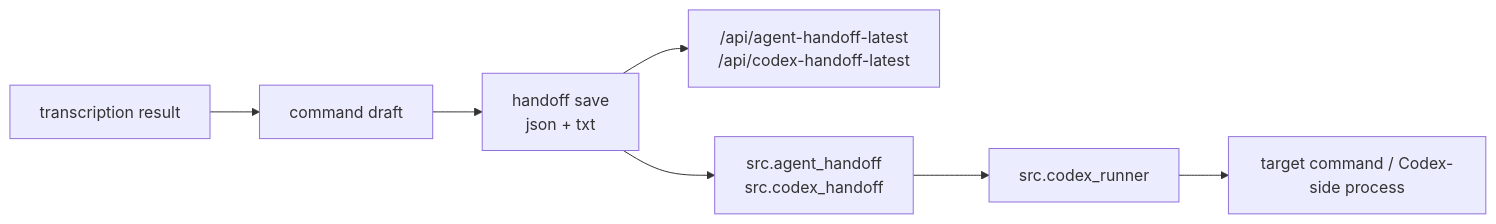
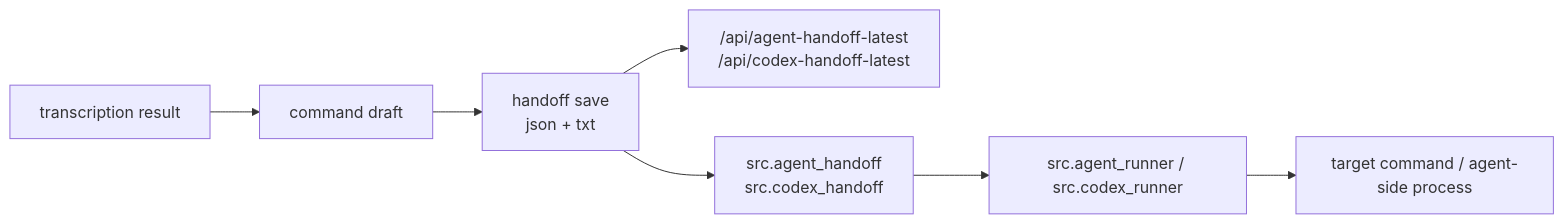
The third of 3 diagrams in README.md (hiro-collab/ai_talk_core), drawn with Mermaid before and after one commit. The commit also changed other lines of this file and 5 other files, not shown here.

````diff
--- a/README.md
+++ b/README.md
@@ -66,17 +66,17 @@
 ```mermaid
 flowchart LR
     TRANSCRIBE["transcription result"]
     DRAFT["command draft"]
     SAVE["handoff save\njson + txt"]
     API["/api/agent-handoff-latest\n/api/codex-handoff-latest"]
     CLI["src.agent_handoff\nsrc.codex_handoff"]
-    RUNNER["src.codex_runner"]
-    TARGET["target command / Codex-side process"]
+    RUNNER["src.agent_runner / src.codex_runner"]
+    TARGET["target command / agent-side process"]
 
     TRANSCRIBE --> DRAFT
     DRAFT --> SAVE
     SAVE --> API
     SAVE --> CLI
     CLI --> RUNNER
     RUNNER --> TARGET
 ```
````
